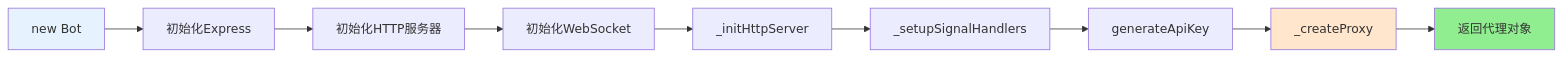
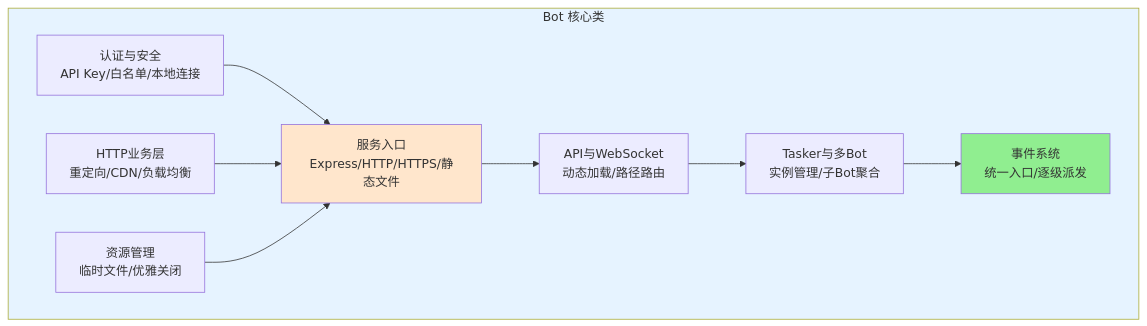
Before and after one commit to sunflowermm/XRK-AGT: the first of 12 diagrams in docs/bot.md, drawn with Mermaid. The commit also changed other lines of this file and 5 other files, not shown here.

````diff
--- a/docs/bot.md
+++ b/docs/bot.md
@@ -40,15 +86,23 @@
 ```mermaid
-flowchart LR
-    A["new Bot"] --> B["初始化Express"]
-    B --> C["初始化HTTP服务器"]
-    C --> D["初始化WebSocket"]
-    D --> E["_initHttpServer"]
-    E --> F["_setupSignalHandlers"]
-    F --> G["generateApiKey"]
-    G --> H["_createProxy"]
-    H --> I["返回代理对象"]
+graph TB
+    subgraph Bot["Bot 核心类"]
+        Service["服务入口<br/>Express/HTTP/HTTPS/静态文件"]
+        API["API与WebSocket<br/>动态加载/路径路由"]
+        Tasker["Tasker与多Bot<br/>实例管理/子Bot聚合"]
+        Auth["认证与安全<br/>API Key/白名单/本地连接"]
+        Event["事件系统<br/>统一入口/逐级派发"]
+        Business["HTTP业务层<br/>重定向/CDN/负载均衡"]
+        Resource["资源管理<br/>临时文件/优雅关闭"]
+    end
     
-    style A fill:#E6F3FF
-    style H fill:#FFE6CC
-    style I fill:#90EE90
+    Service --> API
+    API --> Tasker
+    Tasker --> Event
+    Auth --> Service
+    Business --> Service
+    Resource --> Service
+    
+    style Bot fill:#E6F3FF
+    style Service fill:#FFE6CC
+    style Event fill:#90EE90
 ```
````
